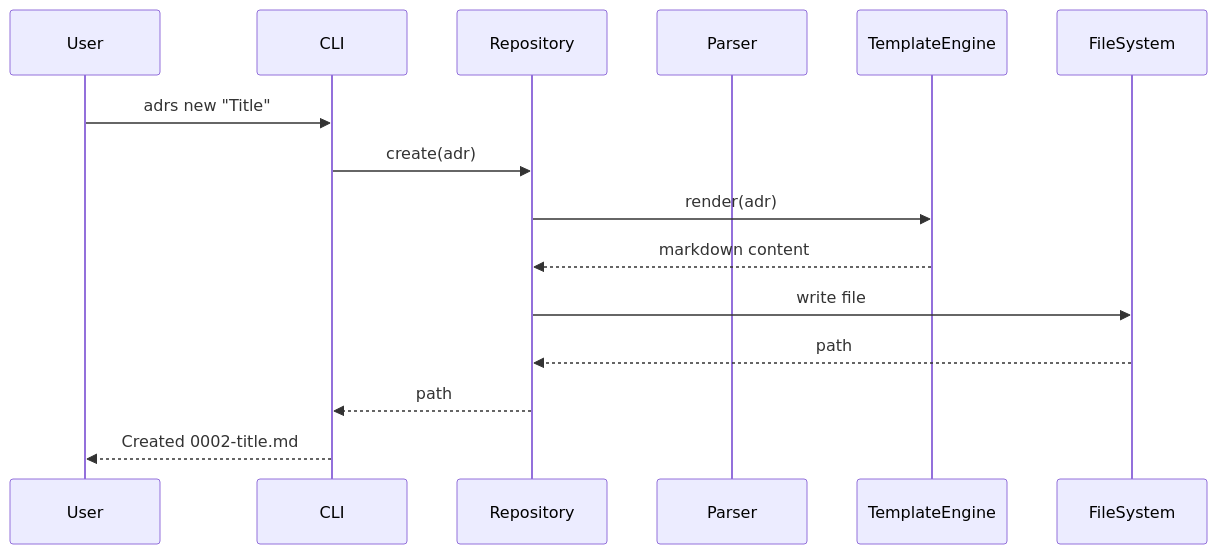
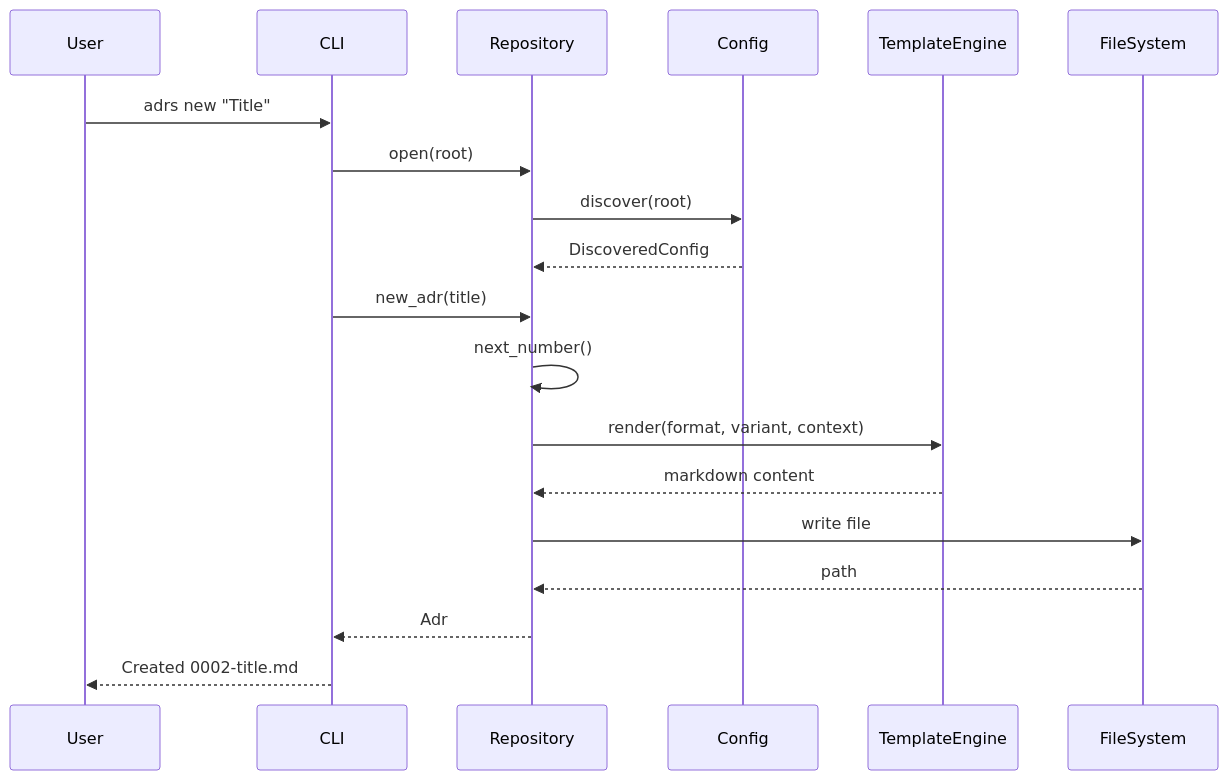
The third of 6 diagrams in docs/src/developers/lib/modules/README.md (joshrotenberg/adrs), drawn with Mermaid before and after one commit. The commit also changed other lines of this file and 6 other files, not shown here.

First line of the commit message:
docs: add codebase architecture diagrams and ADR alignment matrix

````diff
--- a/docs/src/developers/lib/modules/README.md
+++ b/docs/src/developers/lib/modules/README.md
@@ -138,18 +210,22 @@
 ```mermaid
 sequenceDiagram
     participant User
     participant CLI
     participant Repository
-    participant Parser
+    participant Config
     participant TemplateEngine
     participant FileSystem
 
     User->>CLI: adrs new "Title"
-    CLI->>Repository: create(adr)
-    Repository->>TemplateEngine: render(adr)
+    CLI->>Repository: open(root)
+    Repository->>Config: discover(root)
+    Config-->>Repository: DiscoveredConfig
+    CLI->>Repository: new_adr(title)
+    Repository->>Repository: next_number()
+    Repository->>TemplateEngine: render(format, variant, context)
     TemplateEngine-->>Repository: markdown content
     Repository->>FileSystem: write file
     FileSystem-->>Repository: path
-    Repository-->>CLI: path
+    Repository-->>CLI: Adr
     CLI-->>User: Created 0002-title.md
 ```
````
